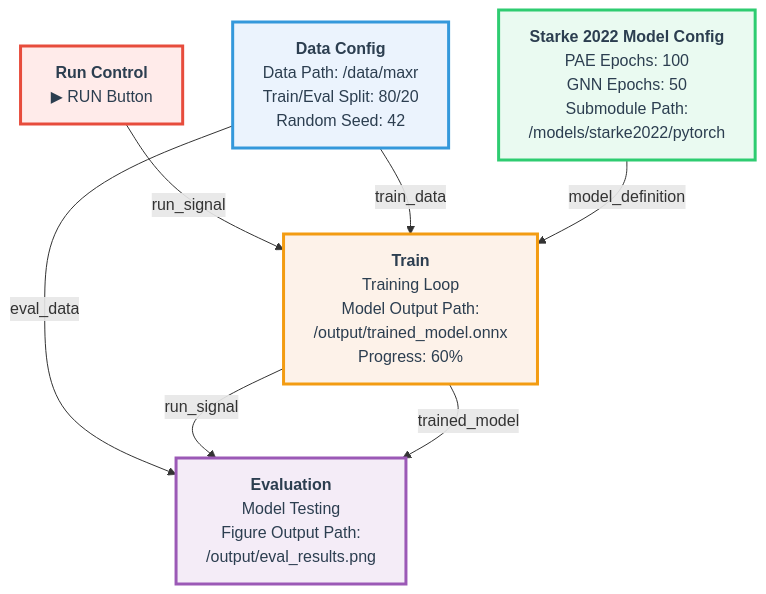
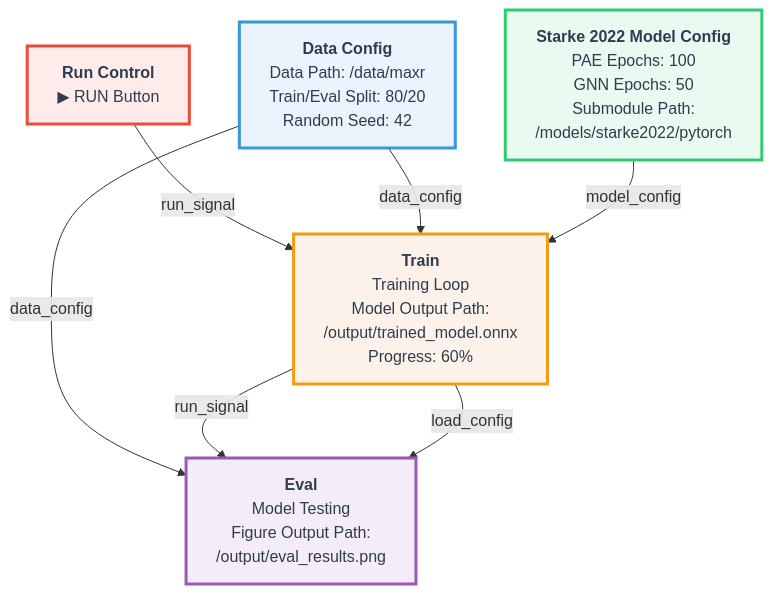
One commit to FilmakademieRnd/AnimHost changed the diagram in doc/training_pipeline.md. Above: the diagram before and after it, drawn with Mermaid. The commit also changed 4 other files, not shown here.

Commit message:
design doc v1 mermaid and code snippets

````diff
--- a/doc/training_pipeline.md
+++ b/doc/training_pipeline.md
@@ -3,30 +3,30 @@
 ```mermaid
 graph TD
     %% Training Pipeline Nodes
     A["<b>Run Control</b><br/>▶ RUN Button"]
     B["<b>Data Config</b><br/>Data Path: /data/maxr<br/>Train/Eval Split: 80/20<br/>Random Seed: 42"]
     C["<b>Starke 2022 Model Config</b><br/>PAE Epochs: 100<br/>GNN Epochs: 50<br/>Submodule Path:<br/>/models/starke2022/pytorch"]
     E["<b>Train</b><br/>Training Loop<br/>Model Output Path:<br/>/output/trained_model.onnx<br/>Progress: 60%"]
-    F["<b>Evaluation</b><br/>Model Testing<br/>Figure Output Path:<br/>/output/eval_results.png"]
+    F["<b>Eval</b><br/>Model Testing<br/>Figure Output Path:<br/>/output/eval_results.png"]
     
     %% Training Pipeline Connections
     A -->|run_signal| E
-    B -->|train_data| E
-    B -->|eval_data| F
-    C -->|model_definition| E
+    B -->|data_config| E
+    B -->|data_config| F
+    C -->|model_config| E
     E -->|run_signal| F
-    E -->|trained_model| F
+    E -->|load_config| F
     
     %% Node Styling
     classDef runNode fill:#ffebea,stroke:#e74c3c,stroke-width:3px,color:#2c3e50
     classDef dataNode fill:#ebf3fd,stroke:#3498db,stroke-width:3px,color:#2c3e50
     classDef modelNode fill:#eafaf1,stroke:#2ecc71,stroke-width:3px,color:#2c3e50
     classDef trainNode fill:#fdf2e9,stroke:#f39c12,stroke-width:3px,color:#2c3e50
     classDef evalNode fill:#f4ecf7,stroke:#9b59b6,stroke-width:3px,color:#2c3e50
     
     class A runNode
     class B dataNode
     class C modelNode
     class E trainNode
     class F evalNode
 ```
````
